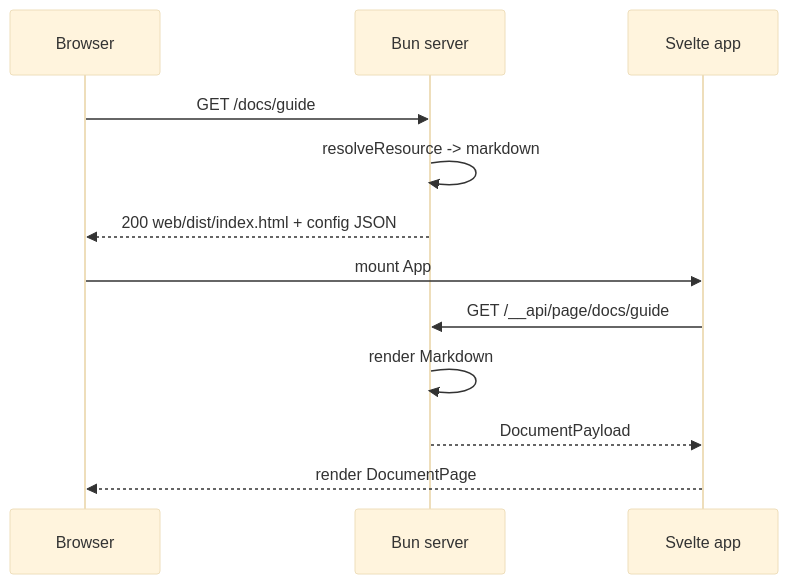
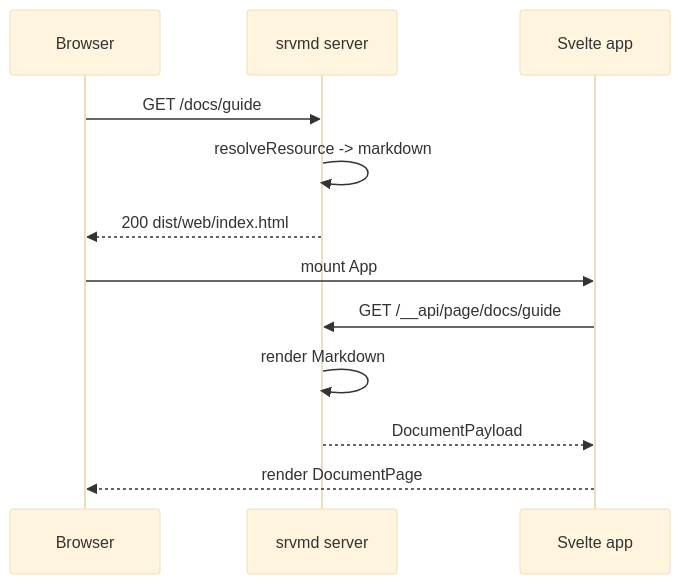
One commit to luohuidong/srvmd changed the third of 4 diagrams in ARCHITECTURE.md. Above: the diagram before and after it, drawn with Mermaid (base theme). The commit also changed other lines of this file and 265 other files, not shown here.

````diff
--- a/ARCHITECTURE.md
+++ b/ARCHITECTURE.md
@@ -128,14 +120,14 @@
 ```mermaid
 sequenceDiagram
   participant B as Browser
-  participant S as Bun server
+  participant S as srvmd server
   participant A as Svelte app
   B->>S: GET /docs/guide
   S->>S: resolveResource -> markdown
-  S-->>B: 200 web/dist/index.html + config JSON
+  S-->>B: 200 dist/web/index.html
   B->>A: mount App
   A->>S: GET /__api/page/docs/guide
   S->>S: render Markdown
   S-->>A: DocumentPayload
   A-->>B: render DocumentPage
 ```
````
